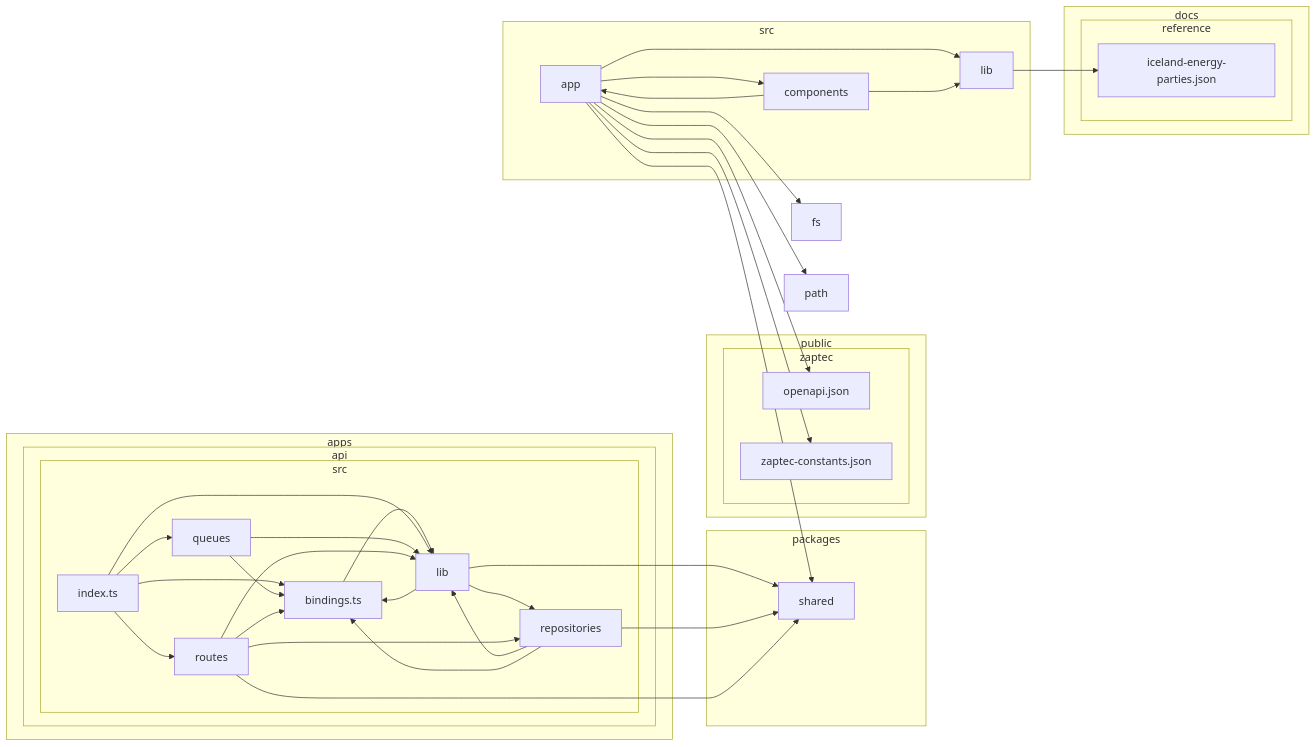
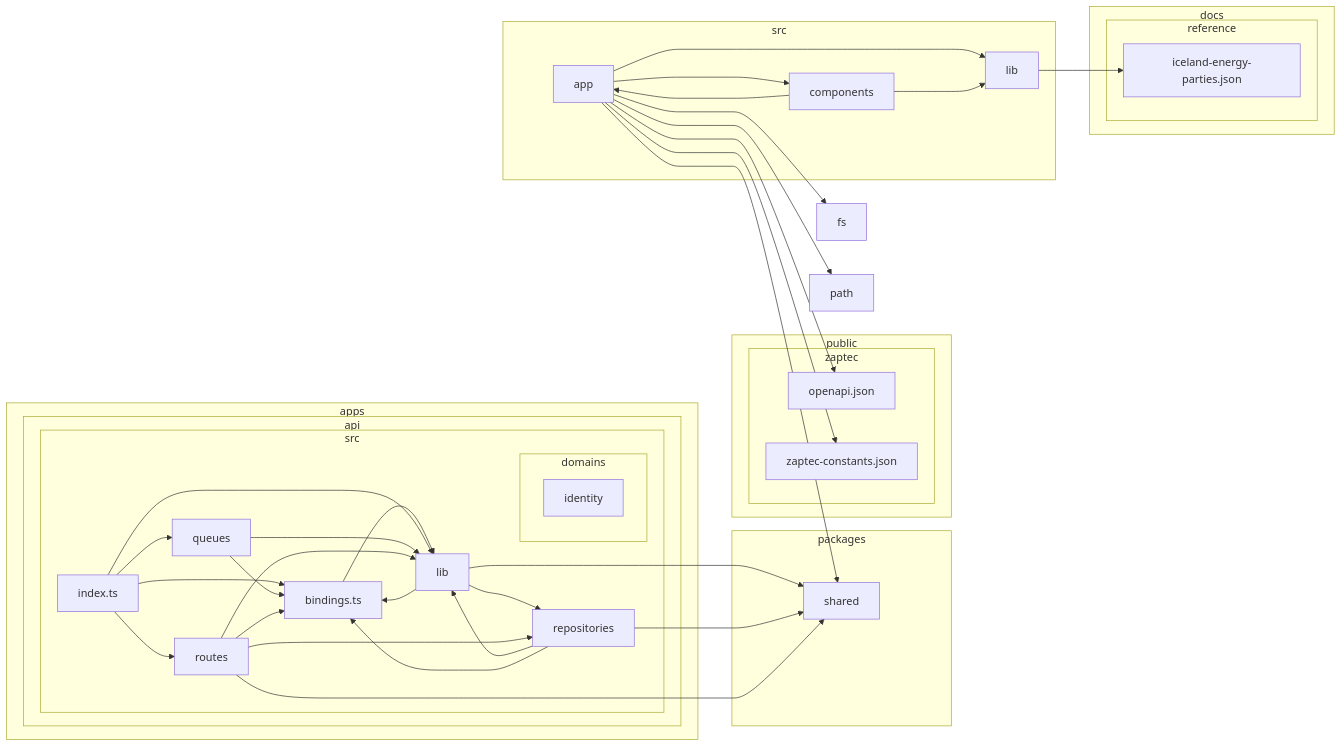
One commit to andri187/Straumvakt changed the diagram in docs/architecture/dependency-graph.md. Above: the diagram before and after it, drawn with Mermaid. The commit also changed 8 other files, not shown here.

````diff
--- a/docs/architecture/dependency-graph.md
+++ b/docs/architecture/dependency-graph.md
@@ -25,64 +25,67 @@
 ```mermaid
 flowchart LR
 
 subgraph 0["apps"]
 subgraph 1["api"]
 subgraph 2["src"]
 3["bindings.ts"]
-4["index.ts"]
-5["lib"]
-6["queues"]
-7["repositories"]
-8["routes"]
+subgraph 4["domains"]
+5["identity"]
+end
+6["index.ts"]
+7["lib"]
+8["queues"]
+9["repositories"]
+A["routes"]
 end
 end
 end
-subgraph 9["docs"]
-subgraph A["reference"]
-B["iceland-energy-parties.json"]
+subgraph B["docs"]
+subgraph C["reference"]
+D["iceland-energy-parties.json"]
 end
 end
-C["fs"]
-subgraph D["packages"]
-E["shared"]
+E["fs"]
+subgraph F["packages"]
+G["shared"]
 end
-F["path"]
-subgraph G["public"]
-subgraph H["zaptec"]
-I["openapi.json"]
-J["zaptec-constants.json"]
+H["path"]
+subgraph I["public"]
+subgraph J["zaptec"]
+K["openapi.json"]
+L["zaptec-constants.json"]
 end
 end
-subgraph K["src"]
-L["app"]
-M["components"]
-N["lib"]
+subgraph M["src"]
+N["app"]
+O["components"]
+P["lib"]
 end
-3-->5
-4-->3
-4-->5
-4-->6
-4-->8
-5-->3
-5-->7
-5-->E
+3-->7
 6-->3
-6-->5
-7-->5
-7-->E
+6-->7
+6-->8
+6-->A
 7-->3
+7-->9
+7-->G
 8-->3
-8-->5
 8-->7
-8-->E
-L-->M
-L-->N
-L-->E
-L-->C
-L-->F
-L-->I
-L-->J
-M-->N
-M-->L
-N-->B
+9-->7
+9-->G
+9-->3
+A-->3
+A-->7
+A-->9
+A-->G
+N-->O
+N-->P
+N-->G
+N-->E
+N-->H
+N-->K
+N-->L
+O-->P
+O-->N
+P-->D
 ```
````
